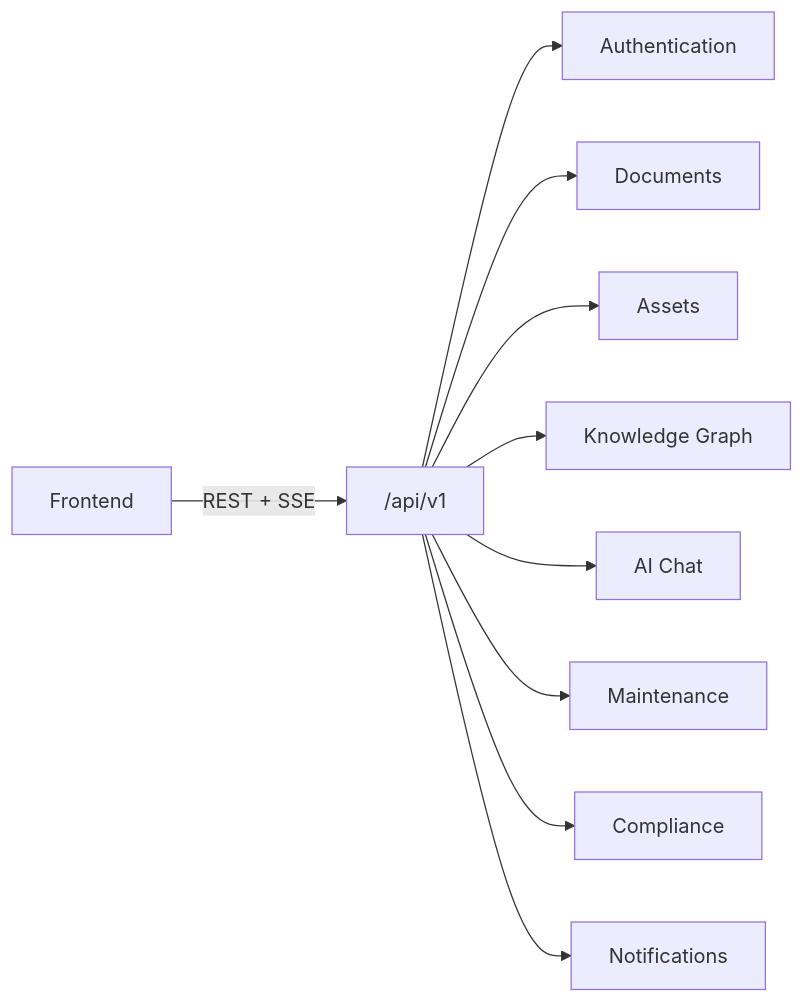
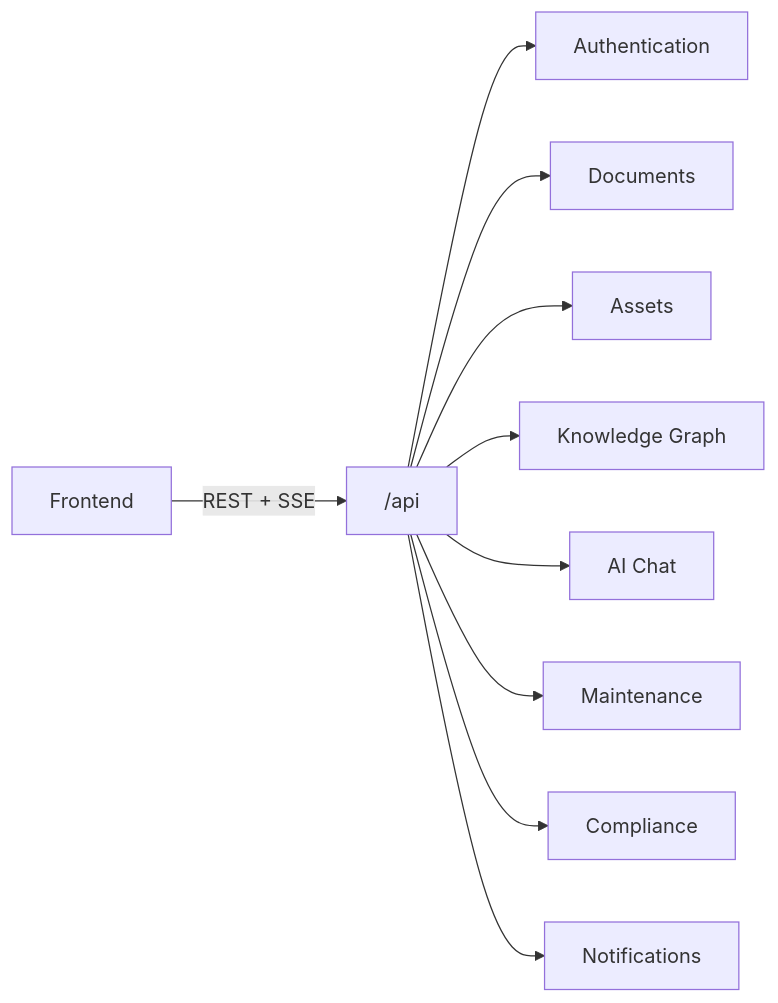
The diagram in docs/13_API_SPECIFICATION.md (pratapVansh/TRACE), drawn with Mermaid before and after one commit. The commit also changed other lines of this file and 60 other files, not shown here.

````diff
--- a/docs/13_API_SPECIFICATION.md
+++ b/docs/13_API_SPECIFICATION.md
@@ -58,12 +59,12 @@
 ```mermaid
 flowchart LR
-    FE["Frontend"] -->|REST + SSE| API["/api/v1"]
+    FE["Frontend"] -->|REST + SSE| API["/api"]
     API --> AUTH["Authentication"]
     API --> DOCS["Documents"]
     API --> ASSETS["Assets"]
     API --> GRAPH["Knowledge Graph"]
     API --> CHAT["AI Chat"]
     API --> MAINT["Maintenance"]
     API --> COMP["Compliance"]
     API --> NOTIF["Notifications"]
 ```
````
